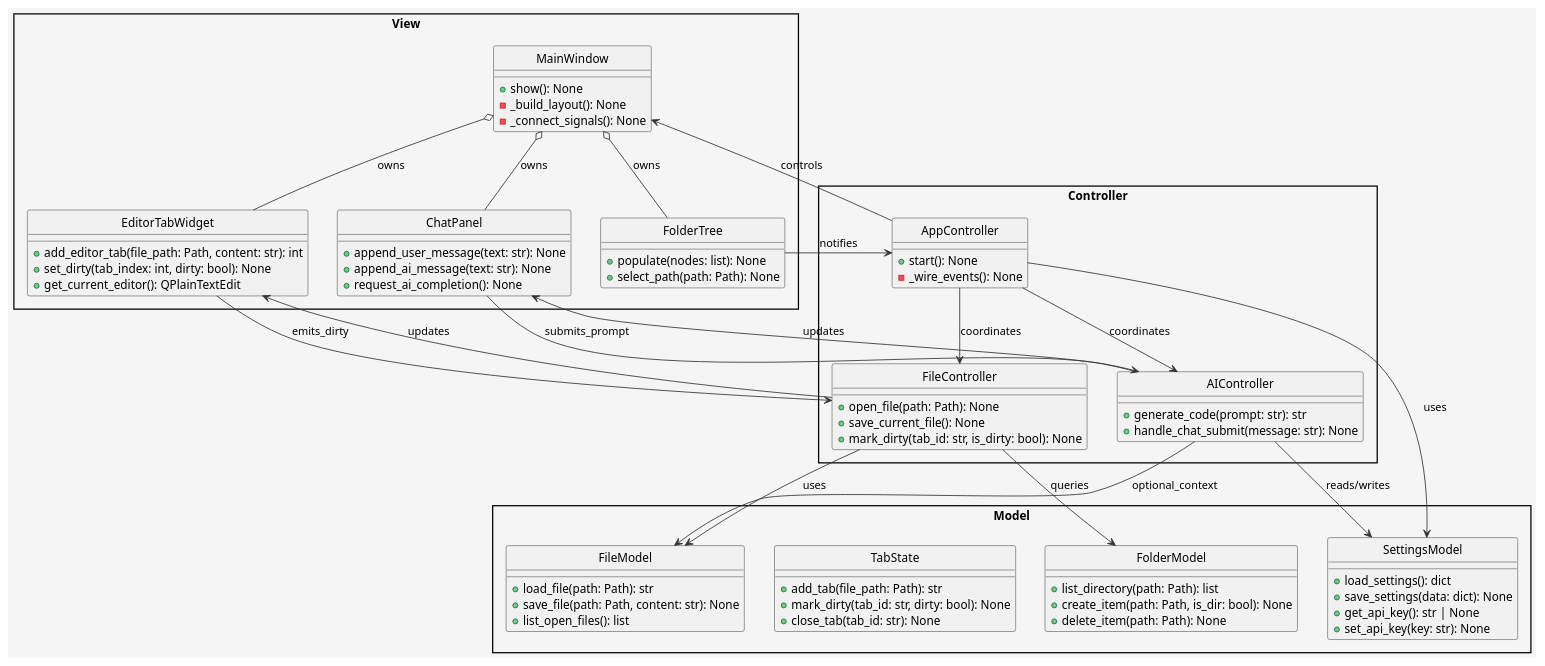
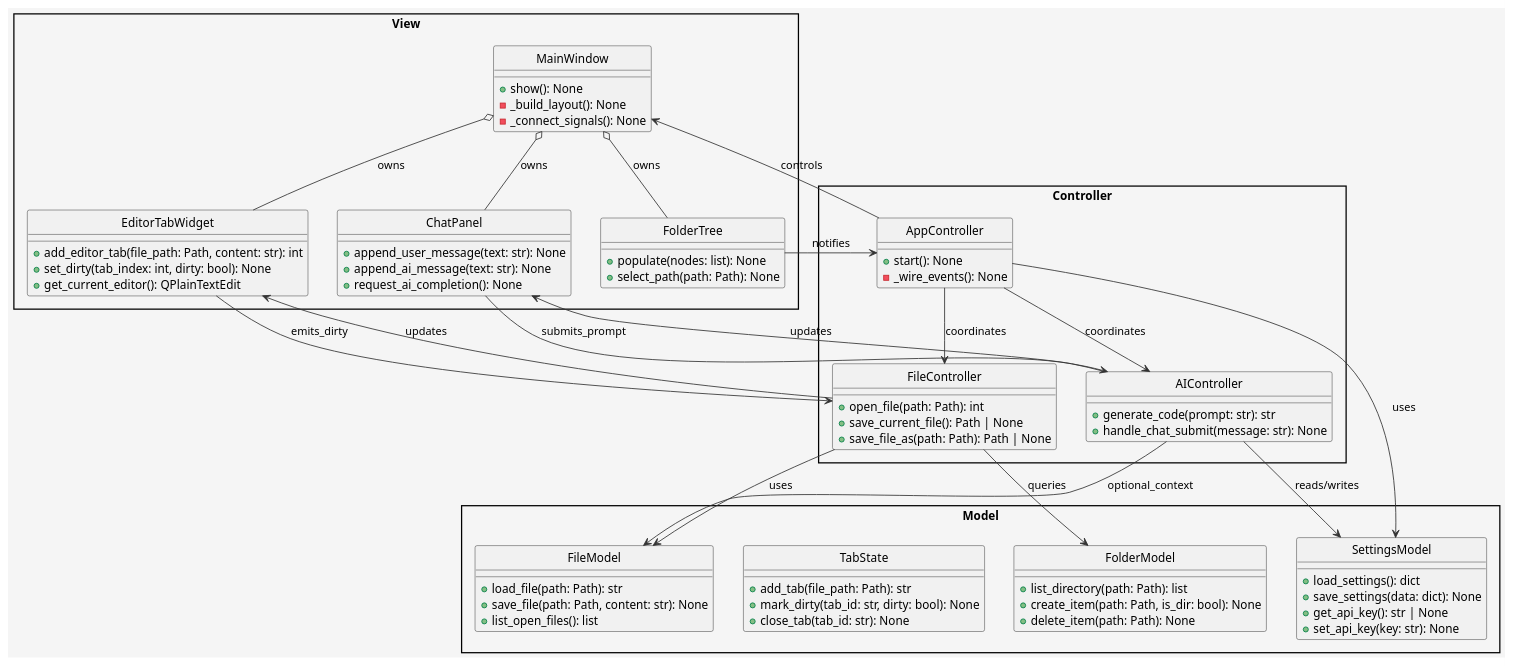
The diagram in design/architecture.puml (tt2tt/my_editor), drawn with PlantUML before and after one commit. The commit also changed 7 other files, not shown here.

```diff
--- a/design/architecture.puml
+++ b/design/architecture.puml
@@ -1,101 +1,101 @@
 @startuml ArchitectureDiagram
 ' MVC構造のクラス図。ControllerがModelとView間の仲介を行う。
 skinparam style strictuml
 skinparam packageStyle rectangle
 skinparam backgroundColor #f5f5f5
 skinparam ArrowColor #333333
 skinparam ArrowThickness 1
 skinparam defaultTextAlignment center
 
 package "Model" {
   class FileModel {
     +load_file(path: Path): str
     +save_file(path: Path, content: str): None
     +list_open_files(): list
   }
 
   class FolderModel {
     +list_directory(path: Path): list
     +create_item(path: Path, is_dir: bool): None
     +delete_item(path: Path): None
   }
 
   class TabState {
     +add_tab(file_path: Path): str
     +mark_dirty(tab_id: str, dirty: bool): None
     +close_tab(tab_id: str): None
   }
 
   class SettingsModel {
     +load_settings(): dict
     +save_settings(data: dict): None
     +get_api_key(): str | None
     +set_api_key(key: str): None
   }
 }
 
 package "View" {
   class MainWindow {
     +show(): None
     -_build_layout(): None
     -_connect_signals(): None
   }
 
   class EditorTabWidget {
     +add_editor_tab(file_path: Path, content: str): int
     +set_dirty(tab_index: int, dirty: bool): None
     +get_current_editor(): QPlainTextEdit
   }
 
   class FolderTree {
     +populate(nodes: list): None
     +select_path(path: Path): None
   }
 
   class ChatPanel {
     +append_user_message(text: str): None
     +append_ai_message(text: str): None
     +request_ai_completion(): None
   }
 }
 
 package "Controller" {
   class AppController {
     +start(): None
     -_wire_events(): None
   }
 
   class FileController {
-    +open_file(path: Path): None
-    +save_current_file(): None
-    +mark_dirty(tab_id: str, is_dirty: bool): None
+    +open_file(path: Path): int
+    +save_current_file(): Path | None
+    +save_file_as(path: Path): Path | None
   }
 
   class AIController {
     +generate_code(prompt: str): str
     +handle_chat_submit(message: str): None
   }
 }
 
 AppController --> MainWindow : controls
 AppController --> FileController : coordinates
 AppController --> AIController : coordinates
 AppController --> SettingsModel : uses
 
 FileController --> FileModel : uses
 FileController --> EditorTabWidget : updates
 FileController --> FolderModel : queries
 
 AIController --> ChatPanel : updates
 AIController --> SettingsModel : reads/writes
 AIController --> FileModel : optional_context
 
 MainWindow o-- EditorTabWidget : owns
 MainWindow o-- FolderTree : owns
 MainWindow o-- ChatPanel : owns
 
 FolderTree --> AppController : notifies
 EditorTabWidget --> FileController : emits_dirty
 ChatPanel --> AIController : submits_prompt
 
 @enduml
```
